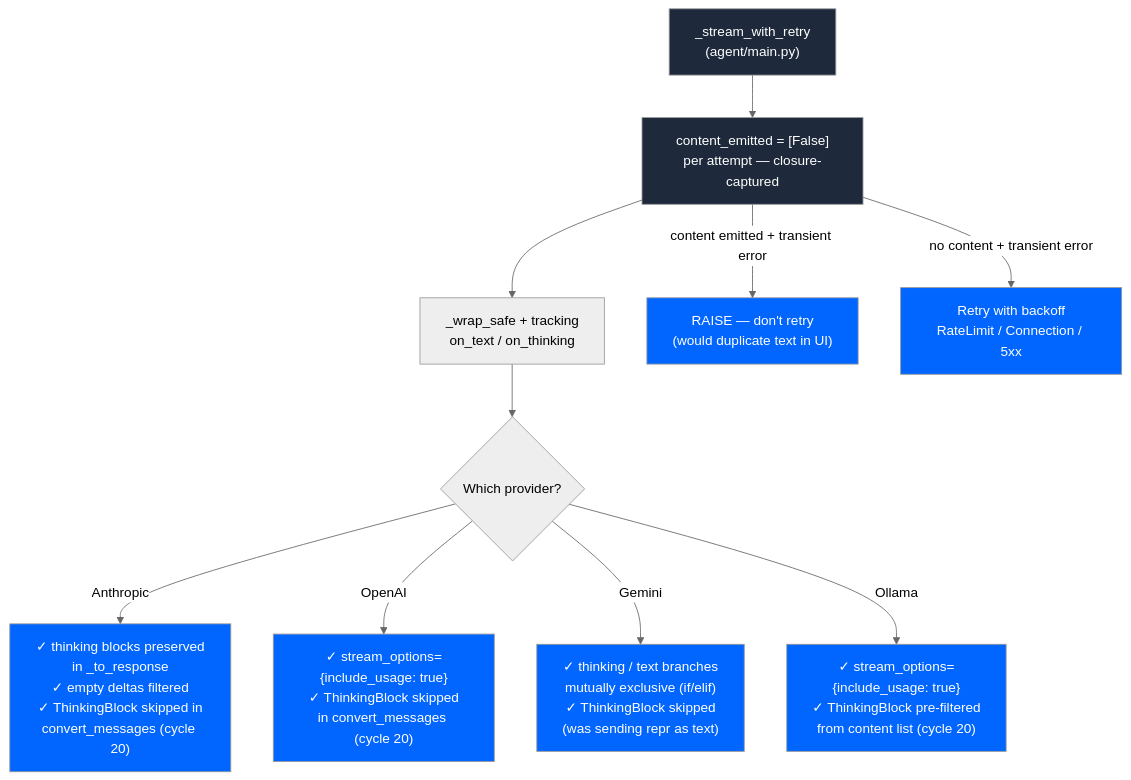
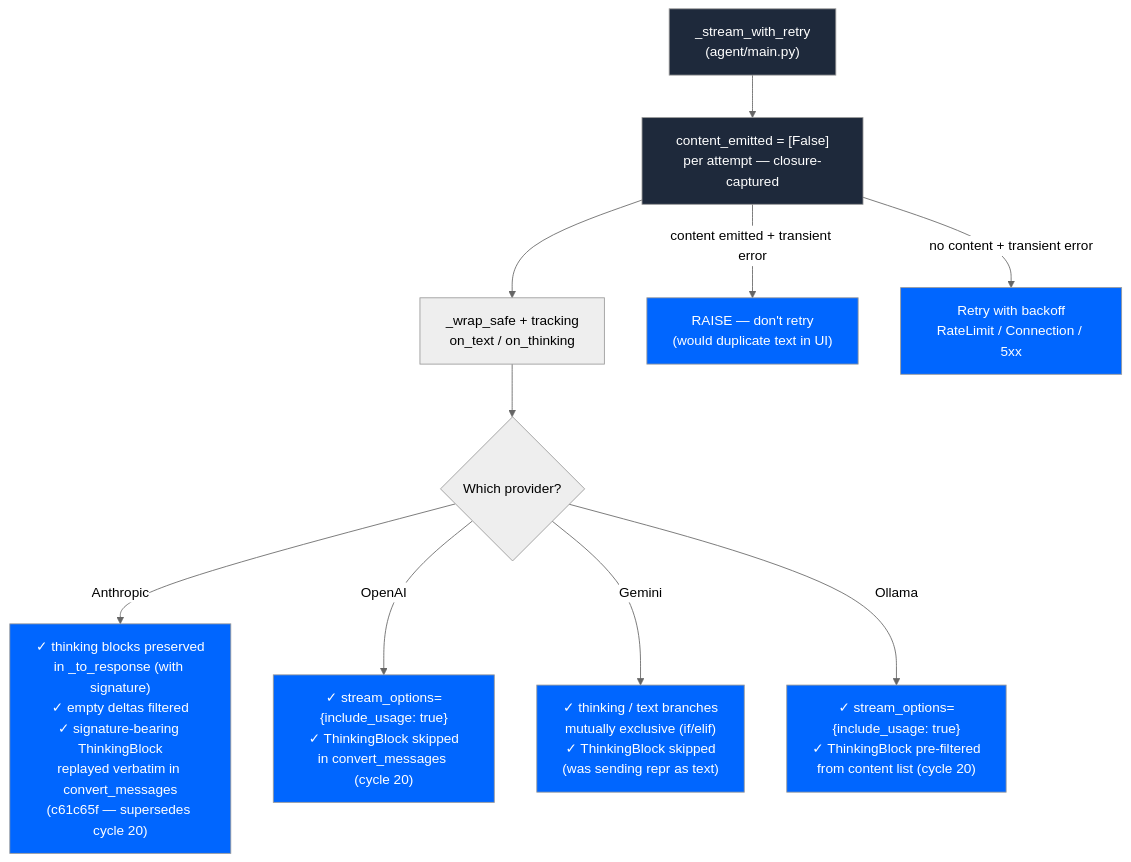
One commit to JosephOIbrahim/Comfy-Cozy changed diagram 21 of 25 in README.md. Above: the diagram before and after it, drawn with Mermaid (neutral theme). The commit also changed other lines of this file, not shown here.

First line of the commit message:
[DOCS] Sync README headline numbers, config table, and Cycle-20 description

````diff
--- a/README.md
+++ b/README.md
@@ -929,23 +929,23 @@
 ```mermaid
 graph TB
     Stream["_stream_with_retry<br/>(agent/main.py)"] --> Track["content_emitted = [False]<br/>per attempt — closure-captured"]
     Track --> Wrap["_wrap_safe + tracking<br/>on_text / on_thinking"]
     Wrap --> Provider{Which provider?}
 
-    Provider -->|Anthropic| A["✓ thinking blocks preserved<br/>in _to_response<br/>✓ empty deltas filtered<br/>✓ ThinkingBlock skipped in<br/>convert_messages (cycle 20)"]
+    Provider -->|Anthropic| A["✓ thinking blocks preserved<br/>in _to_response (with signature)<br/>✓ empty deltas filtered<br/>✓ signature-bearing ThinkingBlock<br/>replayed verbatim in convert_messages<br/>(c61c65f — supersedes cycle 20)"]
     Provider -->|OpenAI| O["✓ stream_options=<br/>{include_usage: true}<br/>✓ ThinkingBlock skipped<br/>in convert_messages (cycle 20)"]
     Provider -->|Gemini| G["✓ thinking / text branches<br/>mutually exclusive (if/elif)<br/>✓ ThinkingBlock skipped<br/>(was sending repr as text)"]
     Provider -->|Ollama| OL["✓ stream_options=<br/>{include_usage: true}<br/>✓ ThinkingBlock pre-filtered<br/>from content list (cycle 20)"]
 
     Track -->|content emitted + transient error| NoRetry["RAISE — don't retry<br/>(would duplicate text in UI)"]
     Track -->|no content + transient error| Retry["Retry with backoff<br/>RateLimit / Connection / 5xx"]
 
     style Stream fill:#1e293b,color:#fff
     style Track fill:#1e293b,color:#fff
     style A fill:#0066FF,color:#fff
     style O fill:#0066FF,color:#fff
     style G fill:#0066FF,color:#fff
     style OL fill:#0066FF,color:#fff
     style NoRetry fill:#0066FF,color:#fff
     style Retry fill:#0066FF,color:#fff
 ```
````
